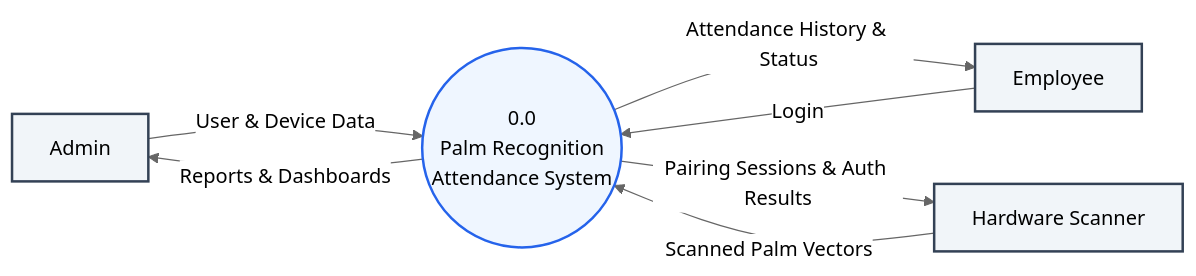
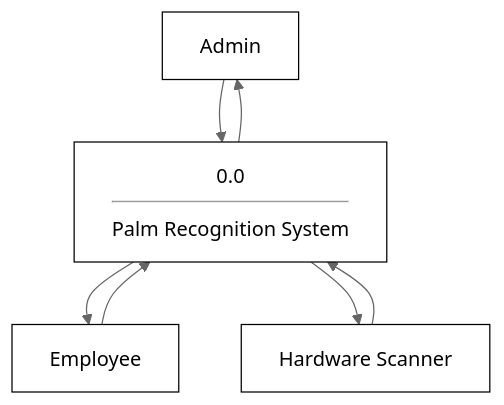
The fourth of 13 diagrams in USER_MANUAL.md (Touy2004/palm-back-end), drawn with Mermaid (neutral theme) before and after one commit. The commit also changed other lines of this file and 6 other files, not shown here.

Commit message:
refactor: remove thermal data fields from service models and documentation and update system diagrams

````diff
--- a/USER_MANUAL.md
+++ b/USER_MANUAL.md
@@ -267,26 +271,27 @@
 ```mermaid
-flowchart LR
+flowchart TD
     %% External Entities
     Admin[Admin]:::entity
     Employee[Employee]:::entity
     Device[Hardware Scanner]:::entity
 
     %% Central System
-    System((0.0<br/>Palm Recognition<br/>Attendance System)):::process
+    System["0.0<hr/>Palm Recognition System"]:::process
 
     %% Flows - Admin
-    Admin -- "User & Device Data" --> System
-    System -- "Reports & Dashboards" --> Admin
+    Admin --> System
+    System --> Admin
 
     %% Flows - Employee
-    Employee -- "Login" --> System
-    System -- "Attendance History & Status" --> Employee
+    Employee --> System
+    System --> Employee
 
     %% Flows - Device
-    Device -- "Scanned Palm Vectors" --> System
-    System -- "Pairing Sessions & Auth Results" --> Device
+    Device --> System
+    System --> Device
 
     %% Styling
-    classDef entity fill:#f1f5f9,stroke:#334155,stroke-width:2px,shape:rect
-    classDef process fill:#eff6ff,stroke:#2563eb,stroke-width:2px,shape:circle
+    classDef entity fill:#fff,stroke:#000,stroke-width:1px,shape:rect,color:#000
+    classDef process fill:#fff,stroke:#000,stroke-width:1px,shape:rect,color:#000
+    classDef datastore fill:#fff,stroke:#000,stroke-width:1px,shape:rect,color:#000
 ```
````
